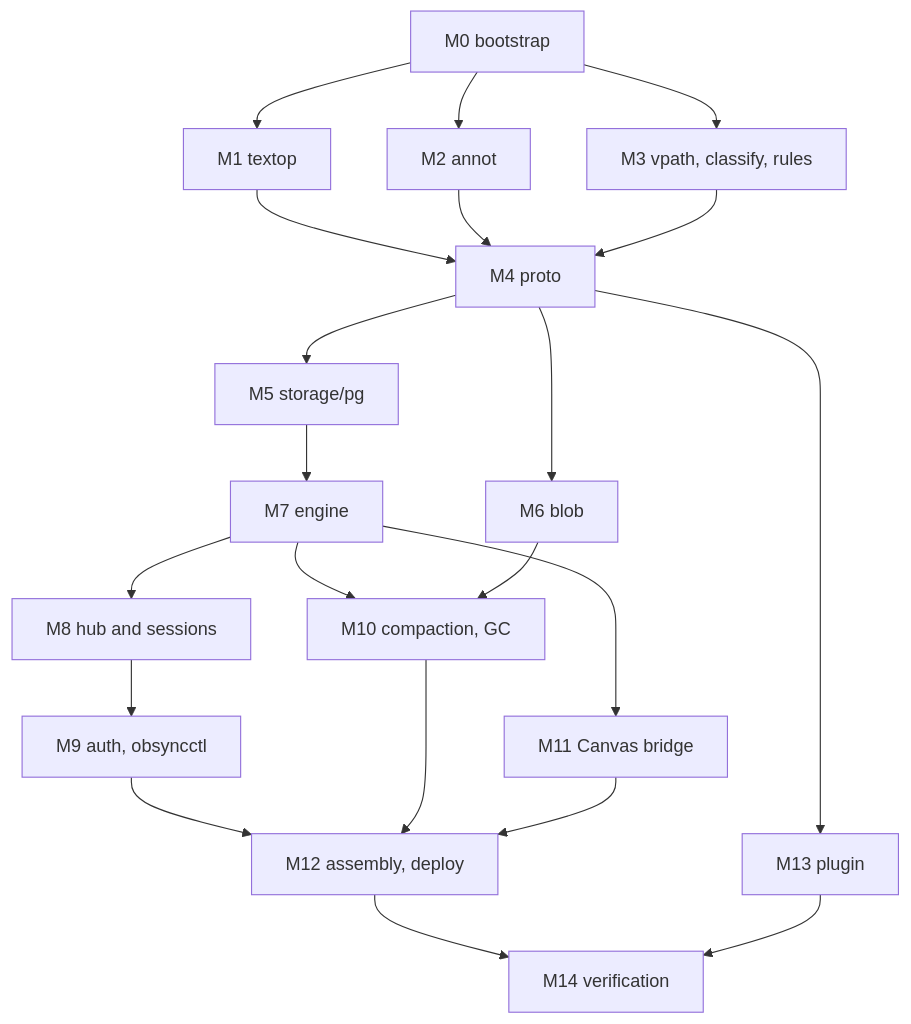
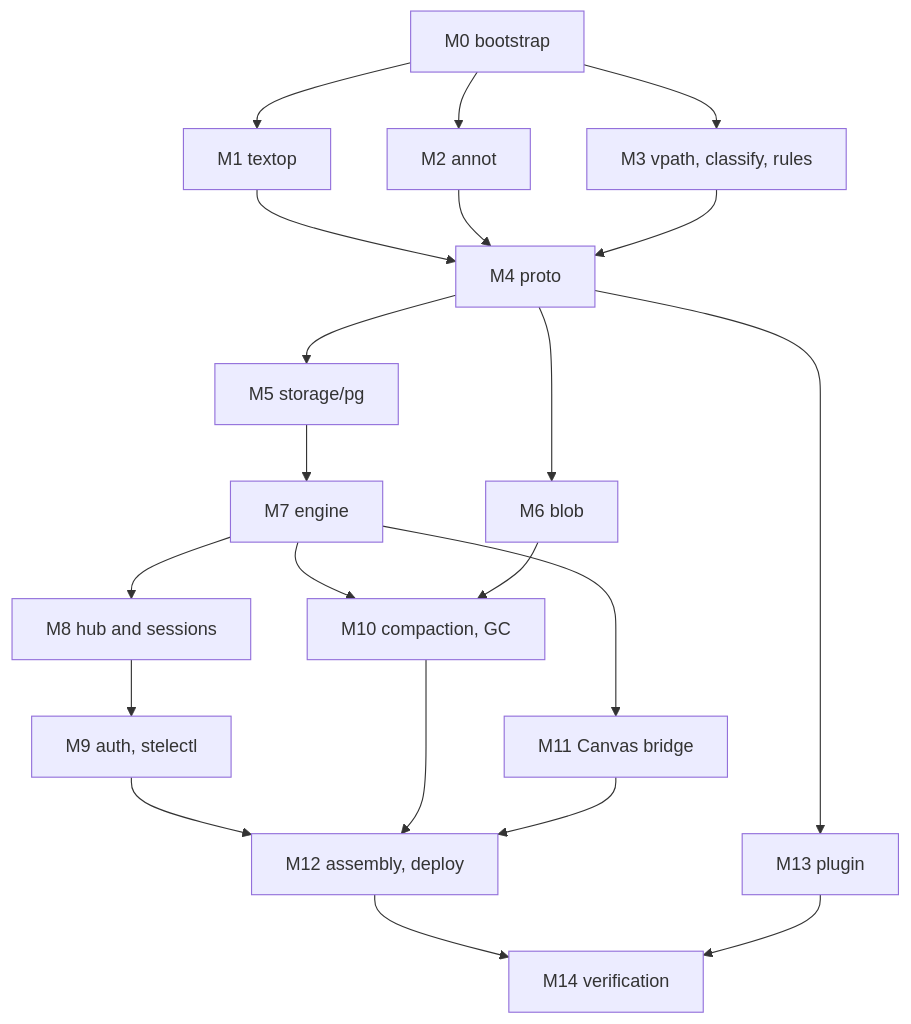
One commit to BarneyLaw/stele-sync changed the diagram in architecture/obsync-single Implementation Guide.md. Above: the diagram before and after it, drawn with Mermaid. The commit also changed other lines of this file and 3 other files, not shown here.

````diff
--- a/architecture/obsync-single Implementation Guide.md
+++ b/architecture/obsync-single Implementation Guide.md
@@ -11,23 +32,23 @@
 ```mermaid
 flowchart TD
   M0[M0 bootstrap] --> M1[M1 textop]
   M0 --> M2[M2 annot]
   M0 --> M3[M3 vpath, classify, rules]
   M1 --> M4[M4 proto]
   M2 --> M4
   M3 --> M4
   M4 --> M5[M5 storage/pg]
   M4 --> M6[M6 blob]
   M5 --> M7[M7 engine]
   M7 --> M8[M8 hub and sessions]
-  M8 --> M9[M9 auth, obsyncctl]
+  M8 --> M9[M9 auth, stelectl]
   M7 --> M10[M10 compaction, GC]
   M6 --> M10
   M7 --> M11[M11 Canvas bridge]
   M9 --> M12[M12 assembly, deploy]
   M10 --> M12
   M11 --> M12
   M4 --> M13[M13 plugin]
   M12 --> M14[M14 verification]
   M13 --> M14
 ```
````
